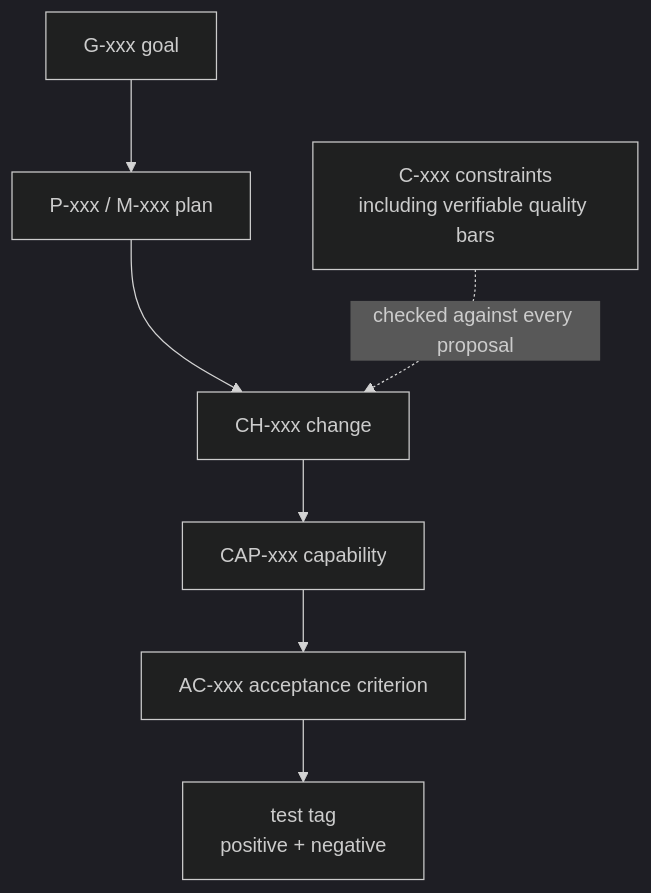
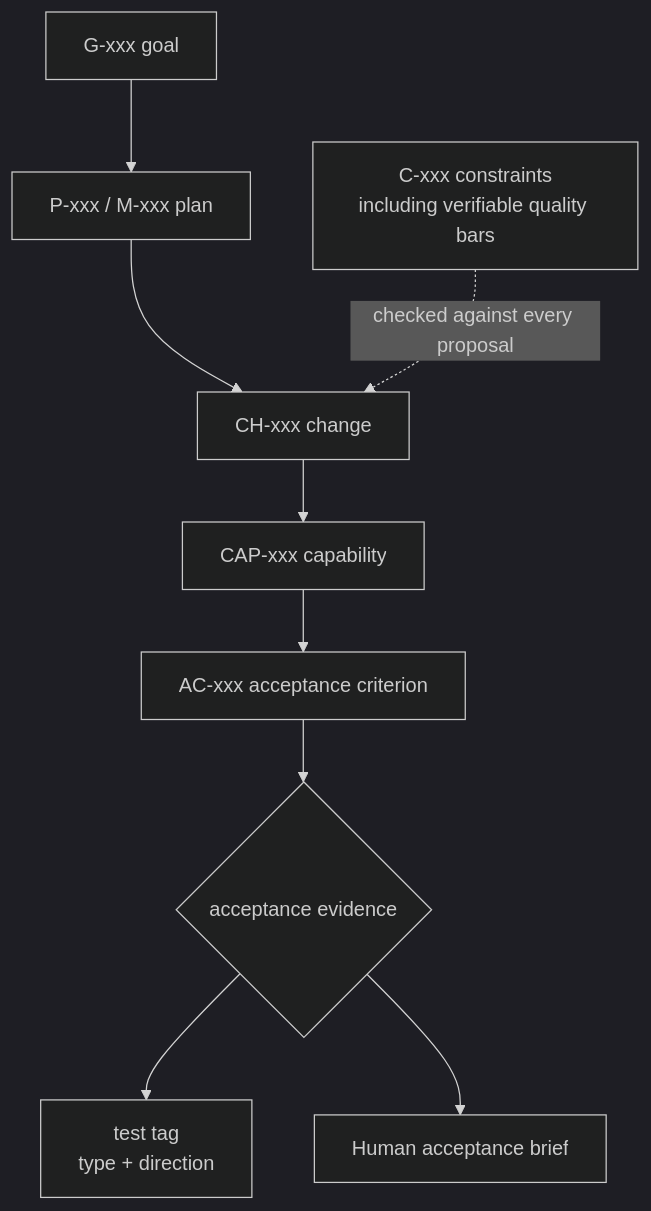
Before and after one commit to cliewen/cliewen: the second of 2 diagrams in docs/architecture/architecture.md, drawn with Mermaid (dark theme). The commit also changed other lines of this file and 55 other files, not shown here.

````diff
--- a/docs/architecture/architecture.md
+++ b/docs/architecture/architecture.md
@@ -53,9 +53,11 @@
 ```mermaid
 flowchart TD
     G[G-xxx goal] --> P[P-xxx / M-xxx plan]
     P --> CH[CH-xxx change]
     CH --> CAP[CAP-xxx capability]
     CAP --> AC[AC-xxx acceptance criterion]
-    AC --> T[test tag<br/>positive + negative]
+    AC --> E{acceptance evidence}
+    E --> T[test tag<br/>type + direction]
+    E --> H[Human acceptance brief]
     C[C-xxx constraints<br/>including verifiable quality bars] -. checked against every proposal .-> CH
 ```
````
